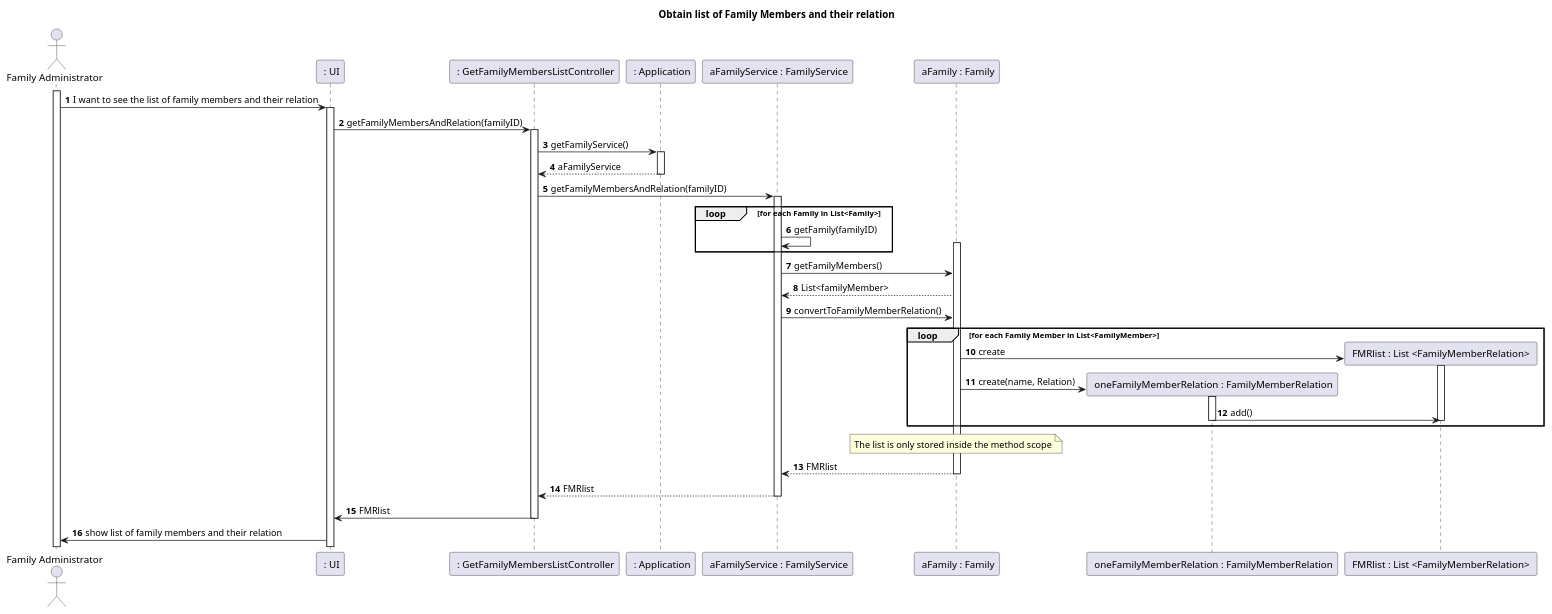
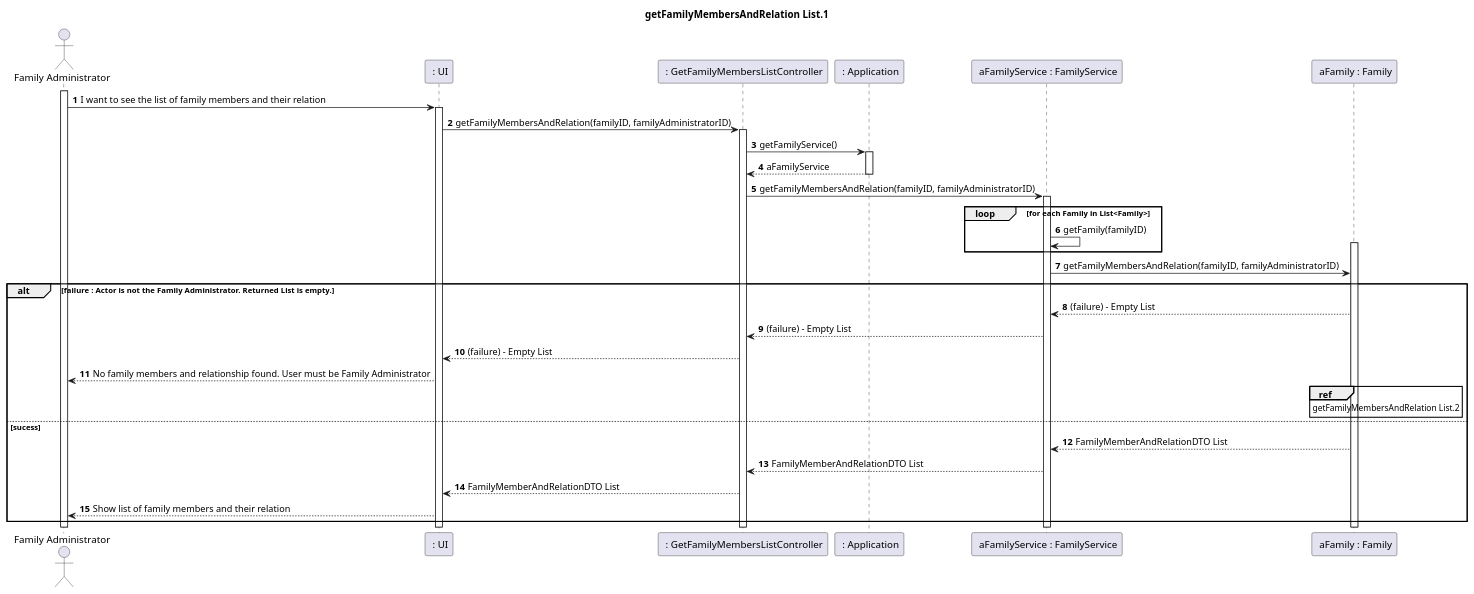
One commit to tomas-osswald/switch_2020_g3 changed the first of 3 diagrams in docs/US104_GetFamilyMembersAndRelation.md. Above: the diagram before and after it, drawn with PlantUML. The commit also changed other lines of this file and 2 other files, not shown here.

Commit message:
Changes to documentation

`````diff
--- a/docs/US104_GetFamilyMembersAndRelation.md
+++ b/docs/US104_GetFamilyMembersAndRelation.md
@@ -32,62 +33,62 @@
 ````puml
 @startuml
 
 ' startuml é syntax para iniciar esquema em PlantUML
 
 ' autonumber é auto-explicativo
 ' actor é syntax de ator. participant é syntax de uma Lifeline
 ' "as" define alias que queremos dar ao participant ou actor
 
 autonumber
-title "Obtain list of Family Members and their relation"
+title getFamilyMembersAndRelation List.1
 actor "Family Administrator" as actor
 participant " : UI" as UI
 participant " : GetFamilyMembersListController" as controller
 participant " : Application" as application
 participant " aFamilyService : FamilyService" as service
 participant " aFamily : Family" as family
-participant " oneFamilyMemberRelation : FamilyMemberRelation" as DTO
-participant " FMRlist : List <FamilyMemberRelation> " as DTOlist
 
 /' Comentário: activate é a syntax para ativar lifeline "preenchida" (Não tracejada). 
     Activate só deve ser inserido no momento em que se quer ativar a lifeline preenchida
 '/
 
 activate actor
 actor -> UI : I want to see the list of family members and their relation
 activate UI
-UI -> controller : getFamilyMembersAndRelation(familyID)
+UI -> controller : getFamilyMembersAndRelation(familyID, familyAdministratorID)
 activate controller
 controller -> application : getFamilyService()
 activate application
 application --> controller : aFamilyService
 deactivate application
-controller -> service :  getFamilyMembersAndRelation(familyID)
+controller -> service :  getFamilyMembersAndRelation(familyID, familyAdministratorID)
 activate service
 loop for each Family in List<Family>
 service -> service : getFamily(familyID)
 activate family
 end
-service -> family : getFamilyMembers()
-family --> service : List<familyMember>
-service -> family : convertToFamilyMemberRelation()
-loop for each Family Member in List<FamilyMember>
-    family -> DTOlist ** : create
-    activate DTOlist
-     family -> DTO ** : create(name, Relation)
-    activate DTO
-    DTO -> DTOlist : add()
-deactivate DTO
-deactivate DTOlist
-     end
-note over family : The list is only stored inside the method scope
-family --> service : FMRlist
-deactivate family
-service --> controller : FMRlist
-deactivate service
-controller -> UI : FMRlist
-deactivate controller
-UI -> actor : show list of family members and their relation
+
+
+service -> family : getFamilyMembersAndRelation(familyID, familyAdministratorID)
+
+
+alt failure : Actor is not the Family Administrator. Returned List is empty.
+family --> service : (failure) - Empty List
+service --> controller : (failure) - Empty List
+controller --> UI : (failure) - Empty List
+UI --> actor  : No family members and relationship found. User must be Family Administrator
+ref over family 
+getFamilyMembersAndRelation List.2
+end ref
+
+else sucess
+family --> service : FamilyMemberAndRelationDTO List
+service --> controller : FamilyMemberAndRelationDTO List
+controller --> UI : FamilyMemberAndRelationDTO List
+UI --> actor : Show list of family members and their relation
+
+
+end
 
 @enduml
 ````
`````
